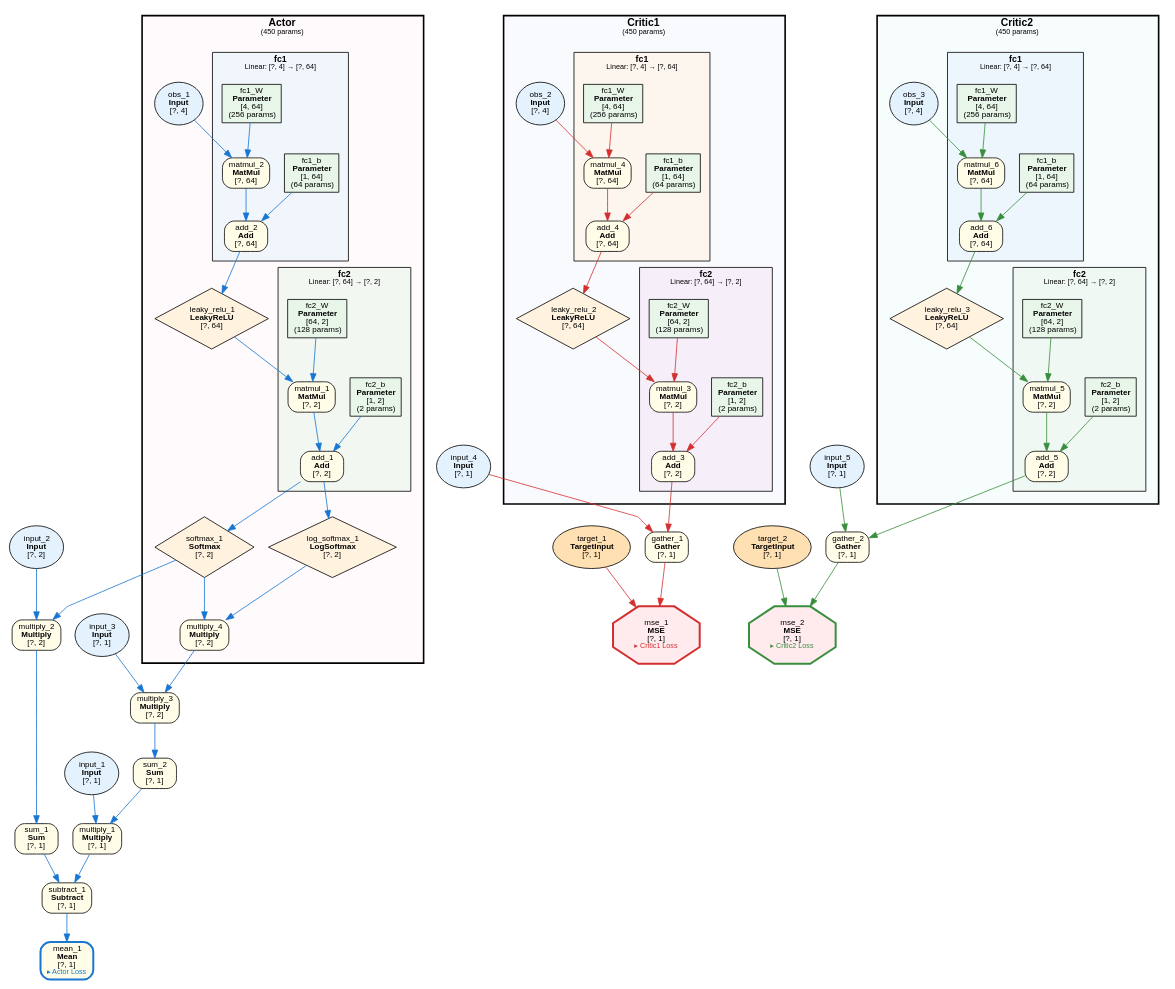
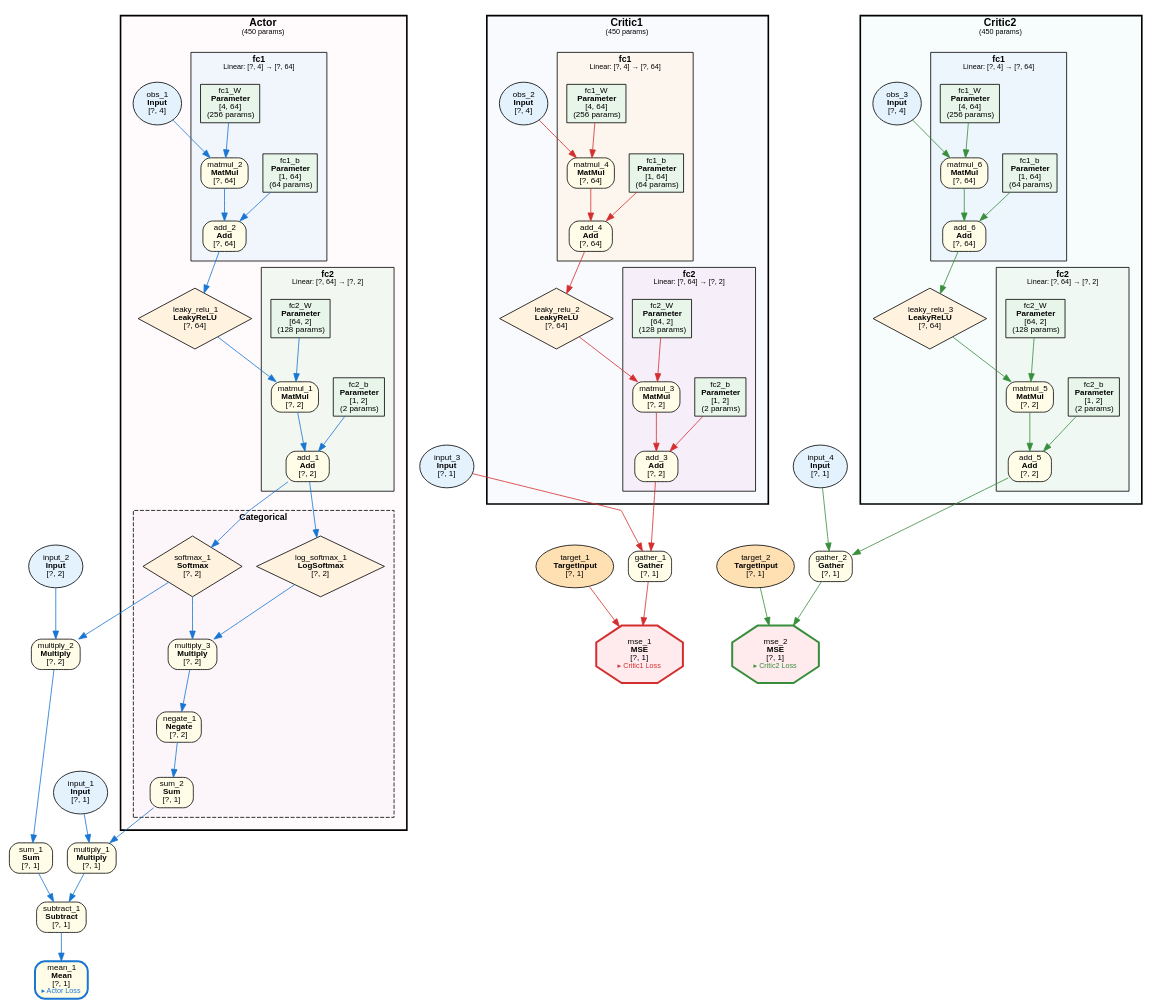
One commit to dbsxdbsx/only_torch changed the diagram in examples/cartpole_sac/cartpole_sac.dot. Above: the diagram before and after it, drawn with Graphviz. The commit also changed 17 other files, not shown here.

```diff
--- a/examples/cartpole_sac/cartpole_sac.dot
+++ b/examples/cartpole_sac/cartpole_sac.dot
@@ -20,10 +20,10 @@
             fontname="Microsoft YaHei,SimHei,Arial";
             fontsize=11;
             margin=12;
-                "19" [label=<add_2<BR/><B>Add</B><BR/>[?, 64]> shape=box style="filled,rounded" fillcolor="#FFFDE7" fontsize=10];
-                "20" [label=<matmul_2<BR/><B>MatMul</B><BR/>[?, 64]> shape=box style="filled,rounded" fillcolor="#FFFDE7" fontsize=10];
-                "21" [label=<fc1_b<BR/><B>Parameter</B><BR/>[1, 64]<BR/>(64 params)> shape=box style=filled fillcolor="#E8F5E9" fontsize=10];
-                "23" [label=<fc1_W<BR/><B>Parameter</B><BR/>[4, 64]<BR/>(256 params)> shape=box style=filled fillcolor="#E8F5E9" fontsize=10];
+                "18" [label=<add_2<BR/><B>Add</B><BR/>[?, 64]> shape=box style="filled,rounded" fillcolor="#FFFDE7" fontsize=10];
+                "19" [label=<matmul_2<BR/><B>MatMul</B><BR/>[?, 64]> shape=box style="filled,rounded" fillcolor="#FFFDE7" fontsize=10];
+                "20" [label=<fc1_b<BR/><B>Parameter</B><BR/>[1, 64]<BR/>(64 params)> shape=box style=filled fillcolor="#E8F5E9" fontsize=10];
+                "22" [label=<fc1_W<BR/><B>Parameter</B><BR/>[4, 64]<BR/>(256 params)> shape=box style=filled fillcolor="#E8F5E9" fontsize=10];
         }
 
         subgraph cluster_Actor_fc2 {
@@ -33,17 +33,28 @@
             fontname="Microsoft YaHei,SimHei,Arial";
             fontsize=11;
             margin=12;
-                "13" [label=<add_1<BR/><B>Add</B><BR/>[?, 2]> shape=box style="filled,rounded" fillcolor="#FFFDE7" fontsize=10];
-                "15" [label=<matmul_1<BR/><B>MatMul</B><BR/>[?, 2]> shape=box style="filled,rounded" fillcolor="#FFFDE7" fontsize=10];
-                "16" [label=<fc2_b<BR/><B>Parameter</B><BR/>[1, 2]<BR/>(2 params)> shape=box style=filled fillcolor="#E8F5E9" fontsize=10];
-                "18" [label=<fc2_W<BR/><B>Parameter</B><BR/>[64, 2]<BR/>(128 params)> shape=box style=filled fillcolor="#E8F5E9" fontsize=10];
+                "12" [label=<add_1<BR/><B>Add</B><BR/>[?, 2]> shape=box style="filled,rounded" fillcolor="#FFFDE7" fontsize=10];
+                "14" [label=<matmul_1<BR/><B>MatMul</B><BR/>[?, 2]> shape=box style="filled,rounded" fillcolor="#FFFDE7" fontsize=10];
+                "15" [label=<fc2_b<BR/><B>Parameter</B><BR/>[1, 2]<BR/>(2 params)> shape=box style=filled fillcolor="#E8F5E9" fontsize=10];
+                "17" [label=<fc2_W<BR/><B>Parameter</B><BR/>[64, 2]<BR/>(128 params)> shape=box style=filled fillcolor="#E8F5E9" fontsize=10];
         }
 
-        "9" [label=<softmax_1<BR/><B>Softmax</B><BR/>[?, 2]> shape=diamond style=filled fillcolor="#FFF3E0" fontsize=10];
-        "12" [label=<multiply_4<BR/><B>Multiply</B><BR/>[?, 2]> shape=box style="filled,rounded" fillcolor="#FFFDE7" fontsize=10];
-        "14" [label=<log_softmax_1<BR/><B>LogSoftmax</B><BR/>[?, 2]> shape=diamond style=filled fillcolor="#FFF3E0" fontsize=10];
-        "17" [label=<leaky_relu_1<BR/><B>LeakyReLU</B><BR/>[?, 64]> shape=diamond style=filled fillcolor="#FFF3E0" fontsize=10];
-        "22" [label=<obs_1<BR/><B>Input</B><BR/>[?, 4]> shape=ellipse style=filled fillcolor="#E3F2FD" fontsize=10];
+        subgraph cluster_Actor_group_categorical_1000 {
+            label=<<B>Categorical</B>>;
+            style="filled,dashed";
+            fillcolor="#F3E5F540";
+            fontname="Microsoft YaHei,SimHei,Arial";
+            fontsize=11;
+            margin=12;
+            "5" [label=<sum_2<BR/><B>Sum</B><BR/>[?, 1]> shape=box style="filled,rounded" fillcolor="#FFFDE7" fontsize=10];
+            "8" [label=<negate_1<BR/><B>Negate</B><BR/>[?, 2]> shape=box style="filled,rounded" fillcolor="#FFFDE7" fontsize=10];
+            "9" [label=<softmax_1<BR/><B>Softmax</B><BR/>[?, 2]> shape=diamond style=filled fillcolor="#FFF3E0" fontsize=10];
+            "11" [label=<multiply_3<BR/><B>Multiply</B><BR/>[?, 2]> shape=box style="filled,rounded" fillcolor="#FFFDE7" fontsize=10];
+            "13" [label=<log_softmax_1<BR/><B>LogSoftmax</B><BR/>[?, 2]> shape=diamond style=filled fillcolor="#FFF3E0" fontsize=10];
+        }
+
+        "16" [label=<leaky_relu_1<BR/><B>LeakyReLU</B><BR/>[?, 64]> shape=diamond style=filled fillcolor="#FFF3E0" fontsize=10];
+        "21" [label=<obs_1<BR/><B>Input</B><BR/>[?, 4]> shape=ellipse style=filled fillcolor="#E3F2FD" fontsize=10];
     }
 
     subgraph cluster_model_Critic1 {
@@ -61,10 +72,10 @@
             fontname="Microsoft YaHei,SimHei,Arial";
             fontsize=11;
             margin=12;
-                "33" [label=<add_4<BR/><B>Add</B><BR/>[?, 64]> shape=box style="filled,rounded" fillcolor="#FFFDE7" fontsize=10];
-                "34" [label=<matmul_4<BR/><B>MatMul</B><BR/>[?, 64]> shape=box style="filled,rounded" fillcolor="#FFFDE7" fontsize=10];
-                "35" [label=<fc1_b<BR/><B>Parameter</B><BR/>[1, 64]<BR/>(64 params)> shape=box style=filled fillcolor="#E8F5E9" fontsize=10];
-                "37" [label=<fc1_W<BR/><B>Parameter</B><BR/>[4, 64]<BR/>(256 params)> shape=box style=filled fillcolor="#E8F5E9" fontsize=10];
+                "32" [label=<add_4<BR/><B>Add</B><BR/>[?, 64]> shape=box style="filled,rounded" fillcolor="#FFFDE7" fontsize=10];
+                "33" [label=<matmul_4<BR/><B>MatMul</B><BR/>[?, 64]> shape=box style="filled,rounded" fillcolor="#FFFDE7" fontsize=10];
+                "34" [label=<fc1_b<BR/><B>Parameter</B><BR/>[1, 64]<BR/>(64 params)> shape=box style=filled fillcolor="#E8F5E9" fontsize=10];
+                "36" [label=<fc1_W<BR/><B>Parameter</B><BR/>[4, 64]<BR/>(256 params)> shape=box style=filled fillcolor="#E8F5E9" fontsize=10];
         }
 
         subgraph cluster_Critic1_fc2 {
@@ -74,14 +85,14 @@
             fontname="Microsoft YaHei,SimHei,Arial";
             fontsize=11;
             margin=12;
-                "27" [label=<add_3<BR/><B>Add</B><BR/>[?, 2]> shape=box style="filled,rounded" fillcolor="#FFFDE7" fontsize=10];
-                "29" [label=<matmul_3<BR/><B>MatMul</B><BR/>[?, 2]> shape=box style="filled,rounded" fillcolor="#FFFDE7" fontsize=10];
-                "30" [label=<fc2_b<BR/><B>Parameter</B><BR/>[1, 2]<BR/>(2 params)> shape=box style=filled fillcolor="#E8F5E9" fontsize=10];
-                "32" [label=<fc2_W<BR/><B>Parameter</B><BR/>[64, 2]<BR/>(128 params)> shape=box style=filled fillcolor="#E8F5E9" fontsize=10];
+                "26" [label=<add_3<BR/><B>Add</B><BR/>[?, 2]> shape=box style="filled,rounded" fillcolor="#FFFDE7" fontsize=10];
+                "28" [label=<matmul_3<BR/><B>MatMul</B><BR/>[?, 2]> shape=box style="filled,rounded" fillcolor="#FFFDE7" fontsize=10];
+                "29" [label=<fc2_b<BR/><B>Parameter</B><BR/>[1, 2]<BR/>(2 params)> shape=box style=filled fillcolor="#E8F5E9" fontsize=10];
+                "31" [label=<fc2_W<BR/><B>Parameter</B><BR/>[64, 2]<BR/>(128 params)> shape=box style=filled fillcolor="#E8F5E9" fontsize=10];
         }
 
-        "31" [label=<leaky_relu_2<BR/><B>LeakyReLU</B><BR/>[?, 64]> shape=diamond style=filled fillcolor="#FFF3E0" fontsize=10];
-        "36" [label=<obs_2<BR/><B>Input</B><BR/>[?, 4]> shape=ellipse style=filled fillcolor="#E3F2FD" fontsize=10];
+        "30" [label=<leaky_relu_2<BR/><B>LeakyReLU</B><BR/>[?, 64]> shape=diamond style=filled fillcolor="#FFF3E0" fontsize=10];
+        "35" [label=<obs_2<BR/><B>Input</B><BR/>[?, 4]> shape=ellipse style=filled fillcolor="#E3F2FD" fontsize=10];
     }
 
     subgraph cluster_model_Critic2 {
@@ -99,10 +110,10 @@
             fontname="Microsoft YaHei,SimHei,Arial";
             fontsize=11;
             margin=12;
-                "47" [label=<add_6<BR/><B>Add</B><BR/>[?, 64]> shape=box style="filled,rounded" fillcolor="#FFFDE7" fontsize=10];
-                "48" [label=<matmul_6<BR/><B>MatMul</B><BR/>[?, 64]> shape=box style="filled,rounded" fillcolor="#FFFDE7" fontsize=10];
-                "49" [label=<fc1_b<BR/><B>Parameter</B><BR/>[1, 64]<BR/>(64 params)> shape=box style=filled fillcolor="#E8F5E9" fontsize=10];
-                "51" [label=<fc1_W<BR/><B>Parameter</B><BR/>[4, 64]<BR/>(256 params)> shape=box style=filled fillcolor="#E8F5E9" fontsize=10];
+                "46" [label=<add_6<BR/><B>Add</B><BR/>[?, 64]> shape=box style="filled,rounded" fillcolor="#FFFDE7" fontsize=10];
+                "47" [label=<matmul_6<BR/><B>MatMul</B><BR/>[?, 64]> shape=box style="filled,rounded" fillcolor="#FFFDE7" fontsize=10];
+                "48" [label=<fc1_b<BR/><B>Parameter</B><BR/>[1, 64]<BR/>(64 params)> shape=box style=filled fillcolor="#E8F5E9" fontsize=10];
+                "50" [label=<fc1_W<BR/><B>Parameter</B><BR/>[4, 64]<BR/>(256 params)> shape=box style=filled fillcolor="#E8F5E9" fontsize=10];
         }
 
         subgraph cluster_Critic2_fc2 {
@@ -112,34 +123,31 @@
             fontname="Microsoft YaHei,SimHei,Arial";
             fontsize=11;
             margin=12;
-                "41" [label=<add_5<BR/><B>Add</B><BR/>[?, 2]> shape=box style="filled,rounded" fillcolor="#FFFDE7" fontsize=10];
-                "43" [label=<matmul_5<BR/><B>MatMul</B><BR/>[?, 2]> shape=box style="filled,rounded" fillcolor="#FFFDE7" fontsize=10];
-                "44" [label=<fc2_b<BR/><B>Parameter</B><BR/>[1, 2]<BR/>(2 params)> shape=box style=filled fillcolor="#E8F5E9" fontsize=10];
-                "46" [label=<fc2_W<BR/><B>Parameter</B><BR/>[64, 2]<BR/>(128 params)> shape=box style=filled fillcolor="#E8F5E9" fontsize=10];
+                "40" [label=<add_5<BR/><B>Add</B><BR/>[?, 2]> shape=box style="filled,rounded" fillcolor="#FFFDE7" fontsize=10];
+                "42" [label=<matmul_5<BR/><B>MatMul</B><BR/>[?, 2]> shape=box style="filled,rounded" fillcolor="#FFFDE7" fontsize=10];
+                "43" [label=<fc2_b<BR/><B>Parameter</B><BR/>[1, 2]<BR/>(2 params)> shape=box style=filled fillcolor="#E8F5E9" fontsize=10];
+                "45" [label=<fc2_W<BR/><B>Parameter</B><BR/>[64, 2]<BR/>(128 params)> shape=box style=filled fillcolor="#E8F5E9" fontsize=10];
         }
 
-        "45" [label=<leaky_relu_3<BR/><B>LeakyReLU</B><BR/>[?, 64]> shape=diamond style=filled fillcolor="#FFF3E0" fontsize=10];
-        "50" [label=<obs_3<BR/><B>Input</B><BR/>[?, 4]> shape=ellipse style=filled fillcolor="#E3F2FD" fontsize=10];
+        "44" [label=<leaky_relu_3<BR/><B>LeakyReLU</B><BR/>[?, 64]> shape=diamond style=filled fillcolor="#FFF3E0" fontsize=10];
+        "49" [label=<obs_3<BR/><B>Input</B><BR/>[?, 4]> shape=ellipse style=filled fillcolor="#E3F2FD" fontsize=10];
     }
 
     "1" [label=<mean_1<BR/><B>Mean</B><BR/>[?, 1]<BR/><FONT COLOR="#1976D2" POINT-SIZE="9">▸ Actor Loss</FONT>> shape=box style="filled,rounded" fillcolor="#FFFDE7" fontsize=10 penwidth=2.5 color="#1976D2"];
     "2" [label=<subtract_1<BR/><B>Subtract</B><BR/>[?, 1]> shape=box style="filled,rounded" fillcolor="#FFFDE7" fontsize=10];
     "3" [label=<multiply_1<BR/><B>Multiply</B><BR/>[?, 1]> shape=box style="filled,rounded" fillcolor="#FFFDE7" fontsize=10];
     "4" [label=<sum_1<BR/><B>Sum</B><BR/>[?, 1]> shape=box style="filled,rounded" fillcolor="#FFFDE7" fontsize=10];
-    "5" [label=<sum_2<BR/><B>Sum</B><BR/>[?, 1]> shape=box style="filled,rounded" fillcolor="#FFFDE7" fontsize=10];
     "6" [label=<input_1<BR/><B>Input</B><BR/>[?, 1]> shape=ellipse style=filled fillcolor="#E3F2FD" fontsize=10];
     "7" [label=<multiply_2<BR/><B>Multiply</B><BR/>[?, 2]> shape=box style="filled,rounded" fillcolor="#FFFDE7" fontsize=10];
-    "8" [label=<multiply_3<BR/><B>Multiply</B><BR/>[?, 2]> shape=box style="filled,rounded" fillcolor="#FFFDE7" fontsize=10];
     "10" [label=<input_2<BR/><B>Input</B><BR/>[?, 2]> shape=ellipse style=filled fillcolor="#E3F2FD" fontsize=10];
-    "11" [label=<input_3<BR/><B>Input</B><BR/>[?, 1]> shape=ellipse style=filled fillcolor="#E3F2FD" fontsize=10];
-    "24" [label=<mse_1<BR/><B>MSE</B><BR/>[?, 1]<BR/><FONT COLOR="#D32F2F" POINT-SIZE="9">▸ Critic1 Loss</FONT>> shape=octagon style=filled fillcolor="#FFEBEE" fontsize=10 penwidth=2.5 color="#D32F2F"];
-    "25" [label=<gather_1<BR/><B>Gather</B><BR/>[?, 1]> shape=box style="filled,rounded" fillcolor="#FFFDE7" fontsize=10];
-    "26" [label=<target_1<BR/><B>TargetInput</B><BR/>[?, 1]> shape=ellipse style=filled fillcolor="#FFE0B2" fontsize=10];
-    "28" [label=<input_4<BR/><B>Input</B><BR/>[?, 1]> shape=ellipse style=filled fillcolor="#E3F2FD" fontsize=10];
-    "38" [label=<mse_2<BR/><B>MSE</B><BR/>[?, 1]<BR/><FONT COLOR="#388E3C" POINT-SIZE="9">▸ Critic2 Loss</FONT>> shape=octagon style=filled fillcolor="#FFEBEE" fontsize=10 penwidth=2.5 color="#388E3C"];
-    "39" [label=<gather_2<BR/><B>Gather</B><BR/>[?, 1]> shape=box style="filled,rounded" fillcolor="#FFFDE7" fontsize=10];
-    "40" [label=<target_2<BR/><B>TargetInput</B><BR/>[?, 1]> shape=ellipse style=filled fillcolor="#FFE0B2" fontsize=10];
-    "42" [label=<input_5<BR/><B>Input</B><BR/>[?, 1]> shape=ellipse style=filled fillcolor="#E3F2FD" fontsize=10];
+    "23" [label=<mse_1<BR/><B>MSE</B><BR/>[?, 1]<BR/><FONT COLOR="#D32F2F" POINT-SIZE="9">▸ Critic1 Loss</FONT>> shape=octagon style=filled fillcolor="#FFEBEE" fontsize=10 penwidth=2.5 color="#D32F2F"];
+    "24" [label=<gather_1<BR/><B>Gather</B><BR/>[?, 1]> shape=box style="filled,rounded" fillcolor="#FFFDE7" fontsize=10];
+    "25" [label=<target_1<BR/><B>TargetInput</B><BR/>[?, 1]> shape=ellipse style=filled fillcolor="#FFE0B2" fontsize=10];
+    "27" [label=<input_3<BR/><B>Input</B><BR/>[?, 1]> shape=ellipse style=filled fillcolor="#E3F2FD" fontsize=10];
+    "37" [label=<mse_2<BR/><B>MSE</B><BR/>[?, 1]<BR/><FONT COLOR="#388E3C" POINT-SIZE="9">▸ Critic2 Loss</FONT>> shape=octagon style=filled fillcolor="#FFEBEE" fontsize=10 penwidth=2.5 color="#388E3C"];
+    "38" [label=<gather_2<BR/><B>Gather</B><BR/>[?, 1]> shape=box style="filled,rounded" fillcolor="#FFFDE7" fontsize=10];
+    "39" [label=<target_2<BR/><B>TargetInput</B><BR/>[?, 1]> shape=ellipse style=filled fillcolor="#FFE0B2" fontsize=10];
+    "41" [label=<input_4<BR/><B>Input</B><BR/>[?, 1]> shape=ellipse style=filled fillcolor="#E3F2FD" fontsize=10];
 
     "2" -> "1" [color="#1976D2"];
     "3" -> "2" [color="#1976D2"];
@@ -151,44 +159,43 @@
     "9" -> "7" [color="#1976D2"];
     "10" -> "7" [color="#1976D2"];
     "11" -> "8" [color="#1976D2"];
-    "12" -> "8" [color="#1976D2"];
-    "13" -> "9" [color="#1976D2"];
-    "9" -> "12" [color="#1976D2"];
+    "12" -> "9" [color="#1976D2"];
+    "9" -> "11" [color="#1976D2"];
+    "13" -> "11" [color="#1976D2"];
     "14" -> "12" [color="#1976D2"];
-    "15" -> "13" [color="#1976D2"];
-    "16" -> "13" [color="#1976D2"];
-    "13" -> "14" [color="#1976D2"];
-    "17" -> "15" [color="#1976D2"];
-    "18" -> "15" [color="#1976D2"];
-    "19" -> "17" [color="#1976D2"];
-    "20" -> "19" [color="#1976D2"];
+    "15" -> "12" [color="#1976D2"];
+    "12" -> "13" [color="#1976D2"];
+    "16" -> "14" [color="#1976D2"];
+    "17" -> "14" [color="#1976D2"];
+    "18" -> "16" [color="#1976D2"];
+    "19" -> "18" [color="#1976D2"];
+    "20" -> "18" [color="#1976D2"];
     "21" -> "19" [color="#1976D2"];
-    "22" -> "20" [color="#1976D2"];
-    "23" -> "20" [color="#1976D2"];
-    "25" -> "24" [color="#D32F2F"];
+    "22" -> "19" [color="#1976D2"];
+    "24" -> "23" [color="#D32F2F"];
+    "25" -> "23" [color="#D32F2F"];
     "26" -> "24" [color="#D32F2F"];
-    "27" -> "25" [color="#D32F2F"];
-    "28" -> "25" [color="#D32F2F"];
-    "29" -> "27" [color="#D32F2F"];
-    "30" -> "27" [color="#D32F2F"];
-    "31" -> "29" [color="#D32F2F"];
-    "32" -> "29" [color="#D32F2F"];
-    "33" -> "31" [color="#D32F2F"];
-    "34" -> "33" [color="#D32F2F"];
+    "27" -> "24" [color="#D32F2F"];
+    "28" -> "26" [color="#D32F2F"];
+    "29" -> "26" [color="#D32F2F"];
+    "30" -> "28" [color="#D32F2F"];
+    "31" -> "28" [color="#D32F2F"];
+    "32" -> "30" [color="#D32F2F"];
+    "33" -> "32" [color="#D32F2F"];
+    "34" -> "32" [color="#D32F2F"];
     "35" -> "33" [color="#D32F2F"];
-    "36" -> "34" [color="#D32F2F"];
-    "37" -> "34" [color="#D32F2F"];
-    "39" -> "38" [color="#388E3C"];
+    "36" -> "33" [color="#D32F2F"];
+    "38" -> "37" [color="#388E3C"];
+    "39" -> "37" [color="#388E3C"];
     "40" -> "38" [color="#388E3C"];
-    "41" -> "39" [color="#388E3C"];
-    "42" -> "39" [color="#388E3C"];
-    "43" -> "41" [color="#388E3C"];
-    "44" -> "41" [color="#388E3C"];
-    "45" -> "43" [color="#388E3C"];
-    "46" -> "43" [color="#388E3C"];
-    "47" -> "45" [color="#388E3C"];
-    "48" -> "47" [color="#388E3C"];
+    "41" -> "38" [color="#388E3C"];
+    "42" -> "40" [color="#388E3C"];
+    "43" -> "40" [color="#388E3C"];
+    "44" -> "42" [color="#388E3C"];
+    "45" -> "42" [color="#388E3C"];
+    "46" -> "44" [color="#388E3C"];
+    "47" -> "46" [color="#388E3C"];
+    "48" -> "46" [color="#388E3C"];
     "49" -> "47" [color="#388E3C"];
-    "50" -> "48" [color="#388E3C"];
-    "51" -> "48" [color="#388E3C"];
+    "50" -> "47" [color="#388E3C"];
 }
```
